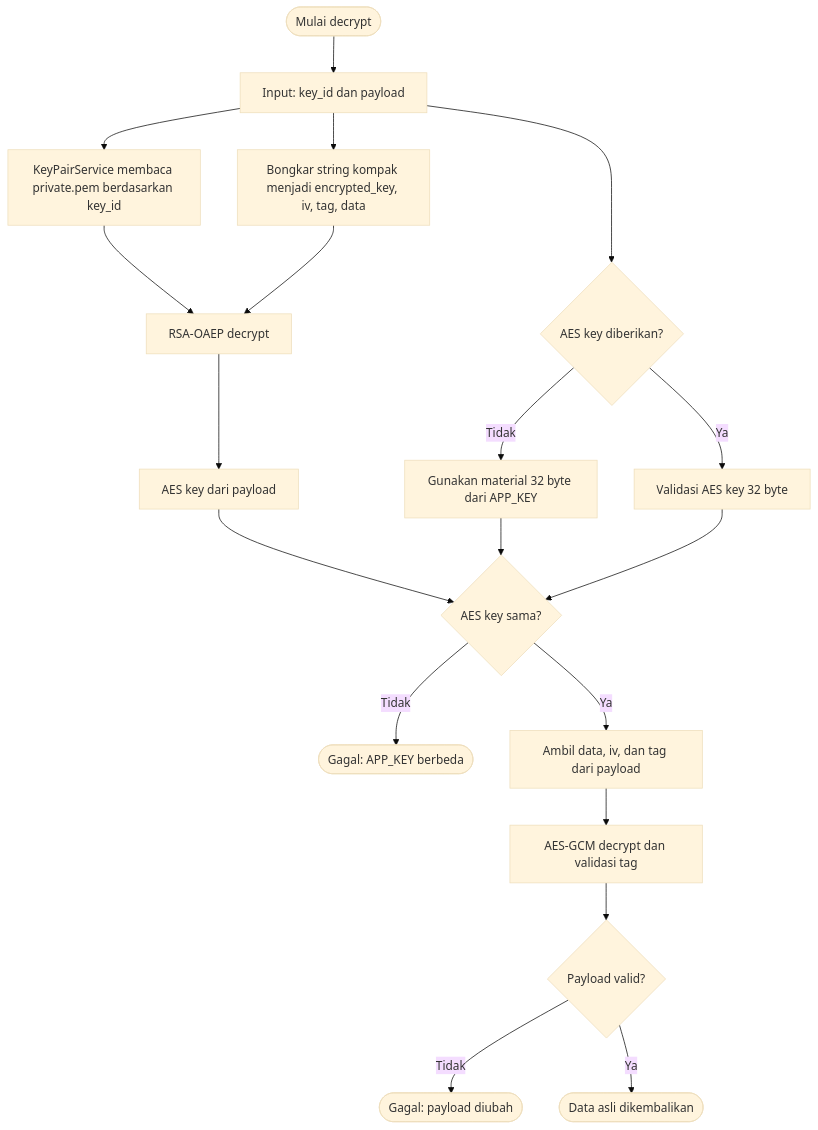
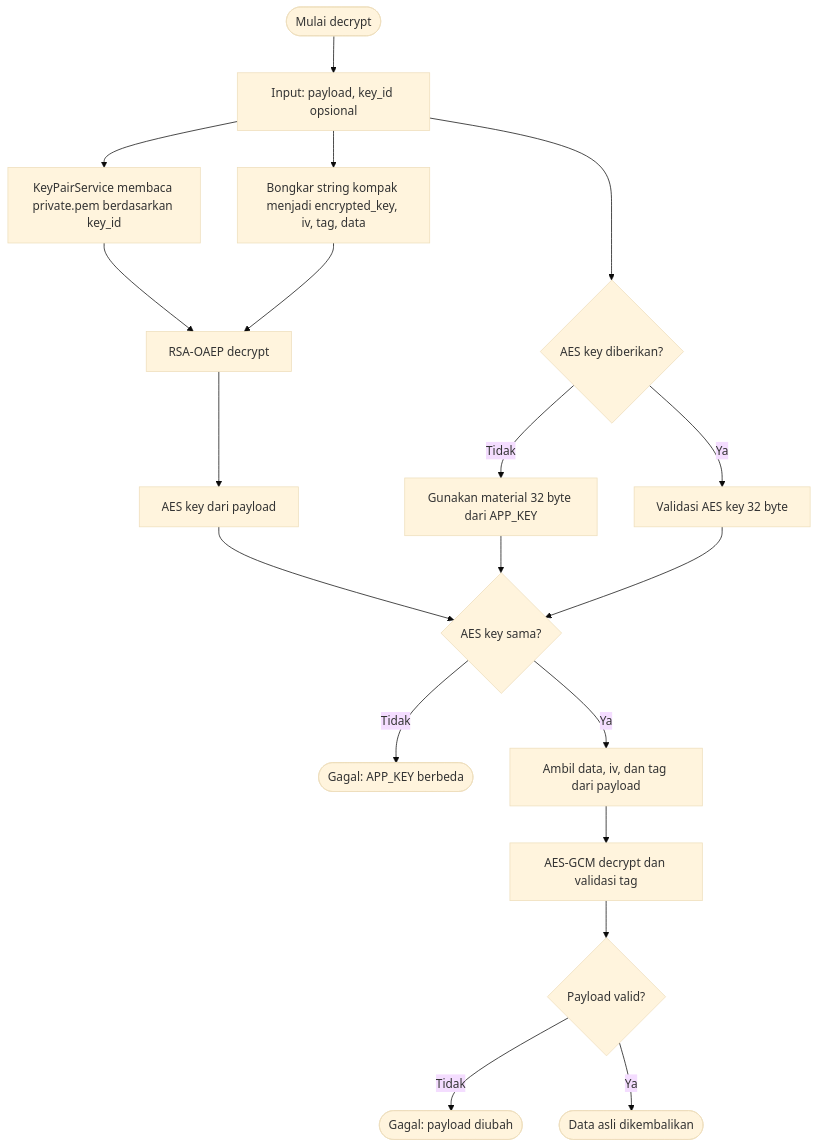
The third of 4 diagrams in README.md (Diskominfotik-Gorontalo-Prov/hybrid-encryption), drawn with Mermaid (base theme) before and after one commit. The commit also changed other lines of this file and 5 other files, not shown here.

Commit message:
feat: perbarui dokumentasi dan logika untuk mendukung key_id opsional pada enkripsi dan dekripsi

````diff
--- a/README.md
+++ b/README.md
@@ -37,21 +74,21 @@
 ```mermaid
 flowchart TD
-    D0([Mulai decrypt]) --> D1[Input: key_id dan payload]
+    D0([Mulai decrypt]) --> D1[Input: payload, key_id opsional]
     D1 --> D2[KeyPairService membaca private.pem berdasarkan key_id]
     D1 --> D3[Bongkar string kompak menjadi encrypted_key, iv, tag, data]
     D2 --> D4[RSA-OAEP decrypt]
     D3 --> D4
     D4 --> D5[AES key dari payload]
     D1 --> D6{AES key diberikan?}
     D6 -->|Tidak| D7[Gunakan material 32 byte dari APP_KEY]
     D6 -->|Ya| D10[Validasi AES key 32 byte]
     D5 --> D8{AES key sama?}
     D7 --> D8
     D8 -->|Tidak| D9([Gagal: APP_KEY berbeda])
     D8 -->|Ya| D11[Ambil data, iv, dan tag dari payload]
     D10 --> D8
     D11 --> D12[AES-GCM decrypt dan validasi tag]
     D12 --> D13{Payload valid?}
     D13 -->|Tidak| D14([Gagal: payload diubah])
     D13 -->|Ya| D15([Data asli dikembalikan])
 ```
````
